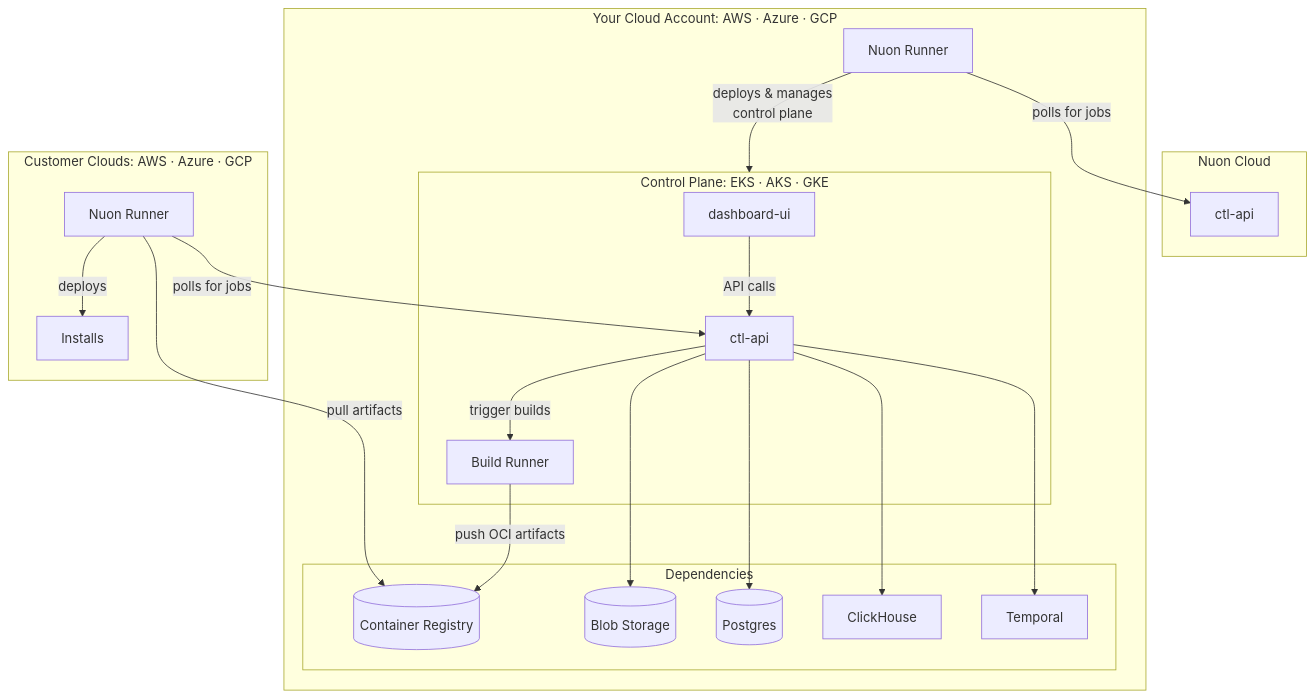
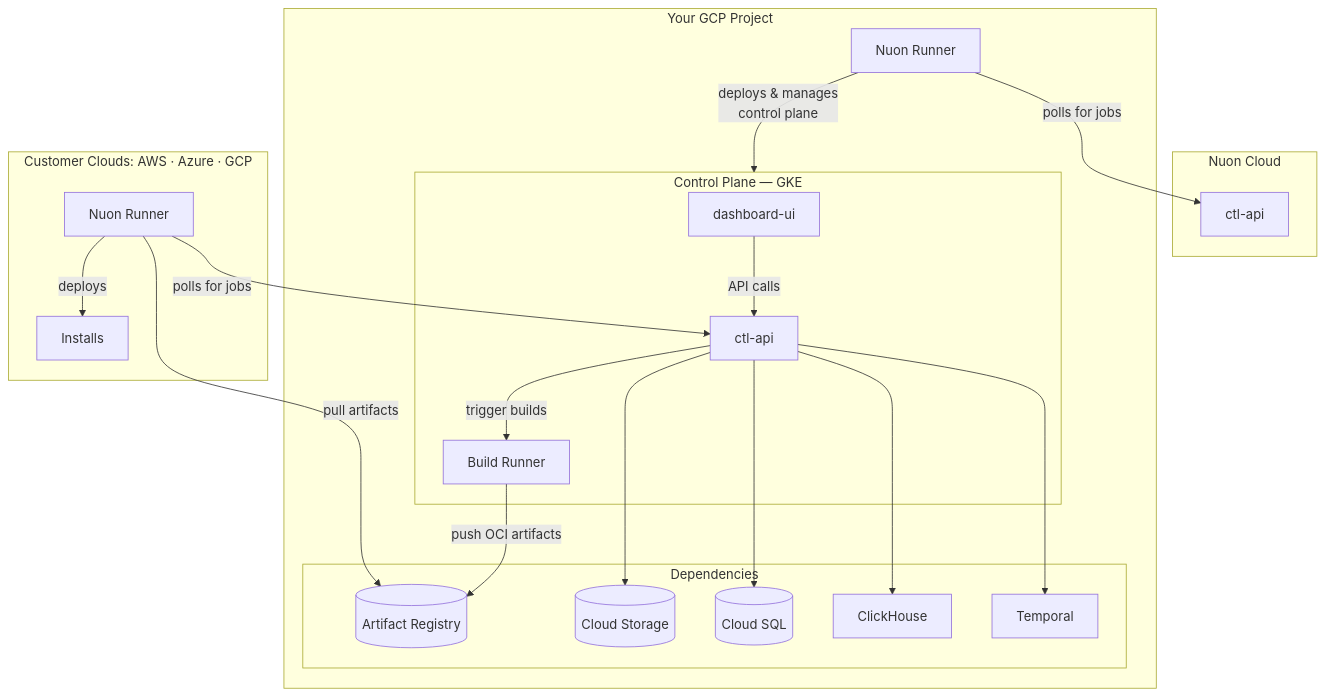
One commit to nuonco/nuon changed the second of 2 diagrams in docs/guides/byoc.mdx. Above: the diagram before and after it, drawn with Mermaid. The commit also changed other lines of this file and 9 other files, not shown here.

````diff
--- a/docs/guides/byoc.mdx
+++ b/docs/guides/byoc.mdx
@@ -18,44 +80,44 @@
 ```mermaid
 flowchart TD
     subgraph NuonCloud["Nuon Cloud"]
         NC_CTL["ctl-api"]
     end
 
-    subgraph YourCloud["Your Cloud Account: AWS · Azure · GCP"]
+    subgraph CustomerGCP["Your GCP Project"]
         NR["Nuon Runner"]
 
-        subgraph CP["Control Plane: EKS · AKS · GKE"]
+        subgraph CP["Control Plane — GKE"]
             DASH["dashboard-ui"]
             CTL["ctl-api"]
             BR["Build Runner"]
         end
 
         subgraph Deps["Dependencies"]
             TMP["Temporal"]
             CH["ClickHouse"]
-            DB[("Postgres")]
-            REG[("Container Registry")]
-            BLOB[("Blob Storage")]
+            DB[("Cloud SQL")]
+            GAR[("Artifact Registry")]
+            GCS[("Cloud Storage")]
         end
     end
 
     subgraph EndCustomers["Customer Clouds: AWS · Azure · GCP"]
         R["Nuon Runner"]
         I["Installs"]
     end
 
     NR -->|"polls for jobs"| NC_CTL
     NR -->|"deploys & manages\ncontrol plane"| CP
 
     DASH -->|"API calls"| CTL
     CTL --> TMP
     CTL --> CH
     CTL --> DB
-    CTL --> BLOB
+    CTL --> GCS
     CTL -->|"trigger builds"| BR
-    BR -->|"push OCI artifacts"| REG
+    BR -->|"push OCI artifacts"| GAR
 
     R -->|"polls for jobs"| CTL
-    R -->|"pull artifacts"| REG
+    R -->|"pull artifacts"| GAR
     R -->|"deploys"| I
 ```
````
